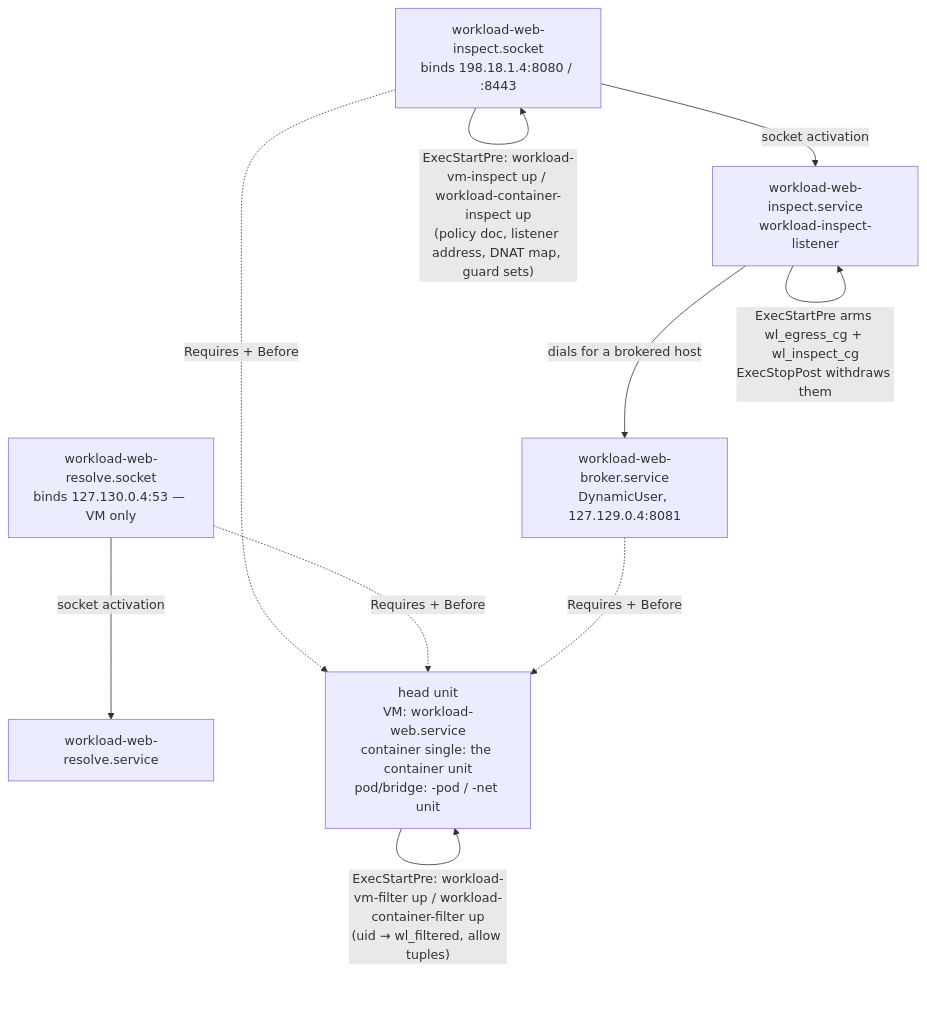
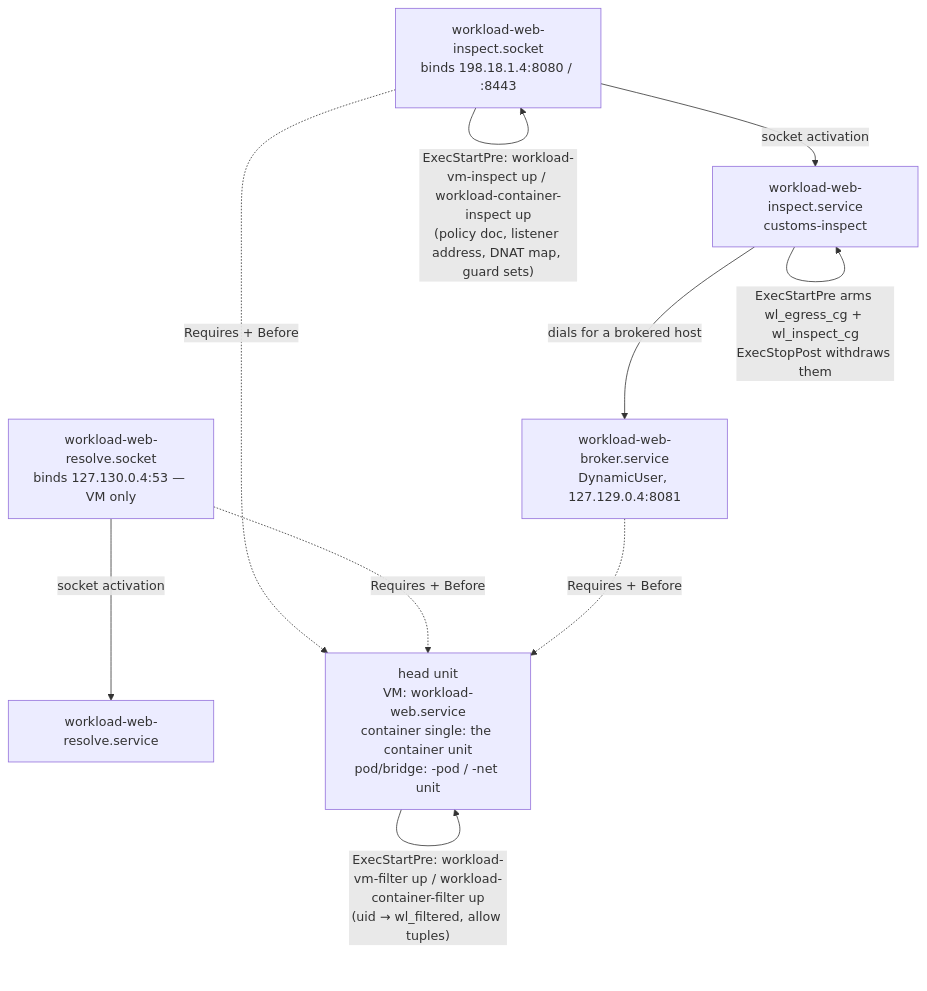
The third of 7 diagrams in docs/egress-and-broker-architecture.md (BenSmith/workloadctl), drawn with Mermaid before and after one commit. The commit also changed other lines of this file and 12 other files, not shown here.

````diff
--- a/docs/egress-and-broker-architecture.md
+++ b/docs/egress-and-broker-architecture.md
@@ -101,20 +101,20 @@
 ```mermaid
 flowchart TD
   IS["workload-web-inspect.socket<br/>binds 198.18.1.4:8080 / :8443"]
   RS["workload-web-resolve.socket<br/>binds 127.130.0.4:53 — VM only"]
-  ISVC["workload-web-inspect.service<br/>workload-inspect-listener"]
+  ISVC["workload-web-inspect.service<br/>customs-inspect"]
   RSVC["workload-web-resolve.service"]
   BR["workload-web-broker.service<br/>DynamicUser, 127.129.0.4:8081"]
   HEAD["head unit<br/>VM: workload-web.service<br/>container single: the container unit<br/>pod/bridge: -pod / -net unit"]
 
   IS -- "ExecStartPre: workload-vm-inspect up / workload-container-inspect up<br/>(policy doc, listener address, DNAT map, guard sets)" --> IS
   HEAD -- "ExecStartPre: workload-vm-filter up / workload-container-filter up<br/>(uid → wl_filtered, allow tuples)" --> HEAD
 
   IS -.->|Requires + Before| HEAD
   RS -.->|Requires + Before| HEAD
   BR -.->|Requires + Before| HEAD
   IS -->|socket activation| ISVC
   RS -->|socket activation| RSVC
   ISVC -- "ExecStartPre arms wl_egress_cg + wl_inspect_cg<br/>ExecStopPost withdraws them" --> ISVC
   ISVC -->|dials for a brokered host| BR
 ```
````
